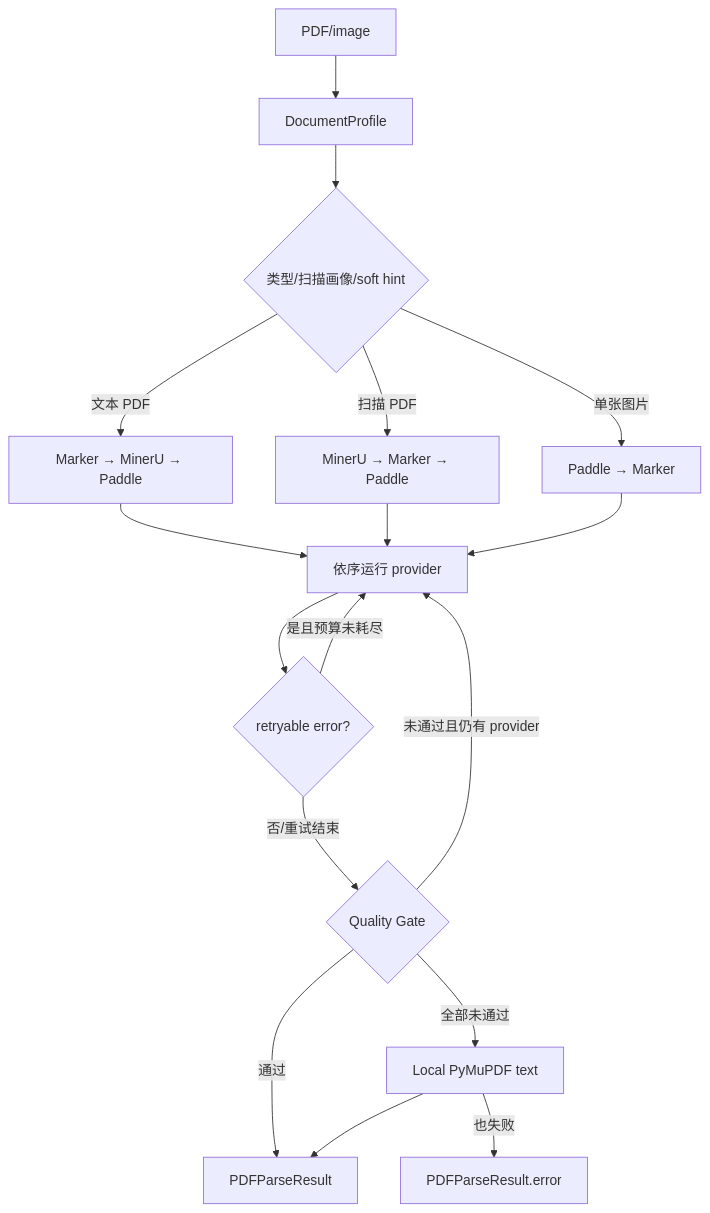
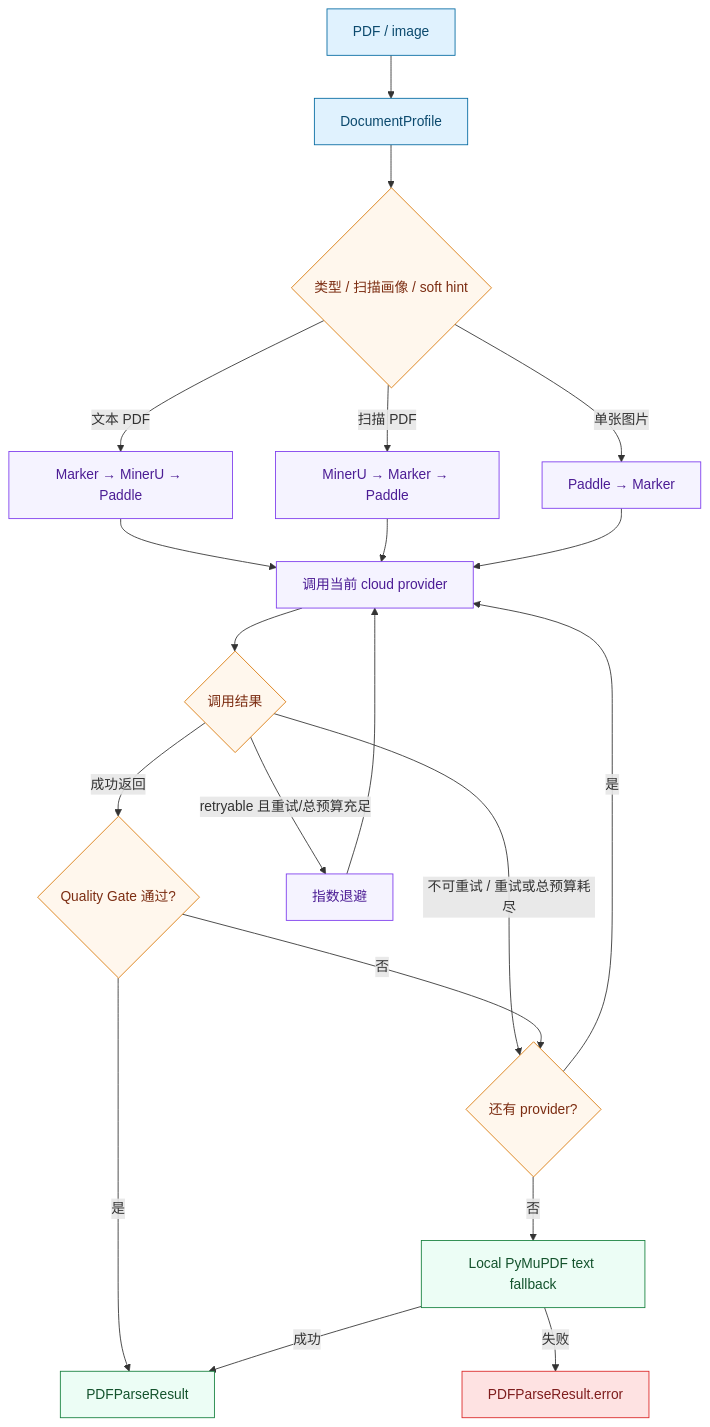
Before and after one commit to lixiuyin/web-agent: the fifth of 5 diagrams in docs/understanding-zh/02-architecture-and-dataflow.md, drawn with Mermaid. The commit also changed other lines of this file and 2535 other files, not shown here.

````diff
--- a/docs/understanding-zh/02-architecture-and-dataflow.md
+++ b/docs/understanding-zh/02-architecture-and-dataflow.md
@@ -177,19 +218,33 @@
 ```mermaid
 flowchart TB
-    F[PDF/image] --> PROF[DocumentProfile]
-    PROF --> ROUTE{类型/扫描画像/soft hint}
-    ROUTE -->|文本 PDF| TEXT[Marker → MinerU → Paddle]
-    ROUTE -->|扫描 PDF| SCAN[MinerU → Marker → Paddle]
-    ROUTE -->|单张图片| IMG[Paddle → Marker]
-    TEXT --> NEXT[依序运行 provider]
+    F["PDF / image"] --> PROF["DocumentProfile"]
+    PROF --> ROUTE{类型 / 扫描画像 / soft hint}
+    ROUTE -->|文本 PDF| TEXT["Marker → MinerU → Paddle"]
+    ROUTE -->|扫描 PDF| SCAN["MinerU → Marker → Paddle"]
+    ROUTE -->|单张图片| IMG["Paddle → Marker"]
+    TEXT --> NEXT["调用当前 cloud provider"]
     SCAN --> NEXT
     IMG --> NEXT
-    NEXT --> RETRY{retryable error?}
-    RETRY -->|是且预算未耗尽| NEXT
-    RETRY -->|否/重试结束| Q{Quality Gate}
-    Q -->|通过| RES[PDFParseResult]
-    Q -->|未通过且仍有 provider| NEXT
-    Q -->|全部未通过| LOCAL[Local PyMuPDF text]
-    LOCAL --> RES
-    LOCAL -->|也失败| ERR[PDFParseResult.error]
+    NEXT --> OUTCOME{调用结果}
+    OUTCOME -->|成功返回| Q{Quality Gate 通过?}
+    OUTCOME -->|retryable 且重试/总预算充足| BACKOFF["指数退避"]
+    BACKOFF --> NEXT
+    OUTCOME -->|不可重试 / 重试或总预算耗尽| MORE{还有 provider?}
+    Q -->|是| RES["PDFParseResult"]
+    Q -->|否| MORE
+    MORE -->|是| NEXT
+    MORE -->|否| LOCAL["Local PyMuPDF text fallback"]
+    LOCAL -->|成功| RES
+    LOCAL -->|失败| ERR["PDFParseResult.error"]
+
+    classDef input fill:#E0F2FE,stroke:#0369A1,color:#0C4A6E;
+    classDef decision fill:#FFF7ED,stroke:#D97706,color:#7C2D12;
+    classDef cloud fill:#F5F3FF,stroke:#7C3AED,color:#4C1D95;
+    classDef success fill:#ECFDF5,stroke:#15803D,color:#14532D;
+    classDef failure fill:#FEE2E2,stroke:#DC2626,color:#7F1D1D;
+    class F,PROF input;
+    class ROUTE,OUTCOME,Q,MORE decision;
+    class TEXT,SCAN,IMG,NEXT,BACKOFF cloud;
+    class LOCAL,RES success;
+    class ERR failure;
 ```
````
